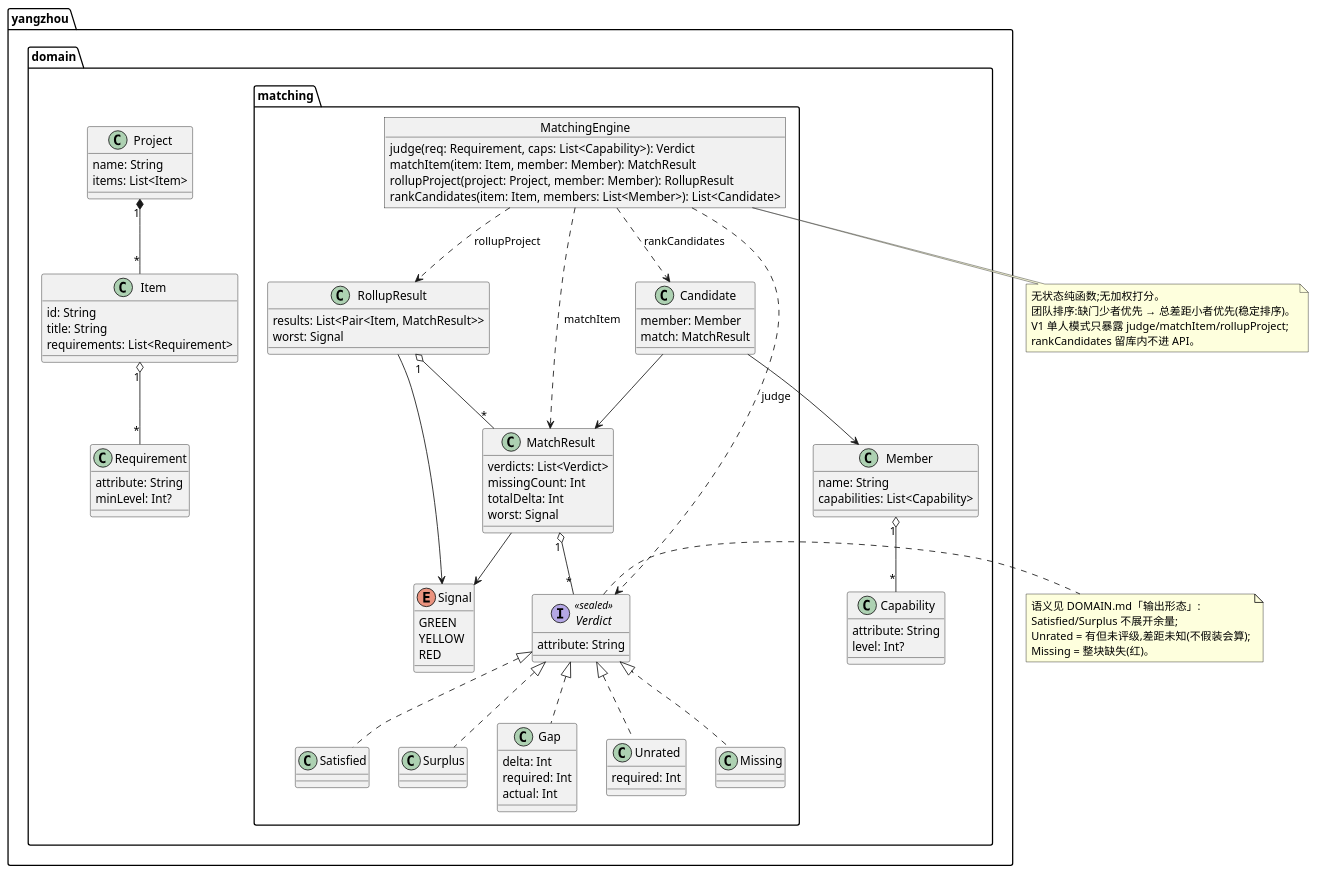
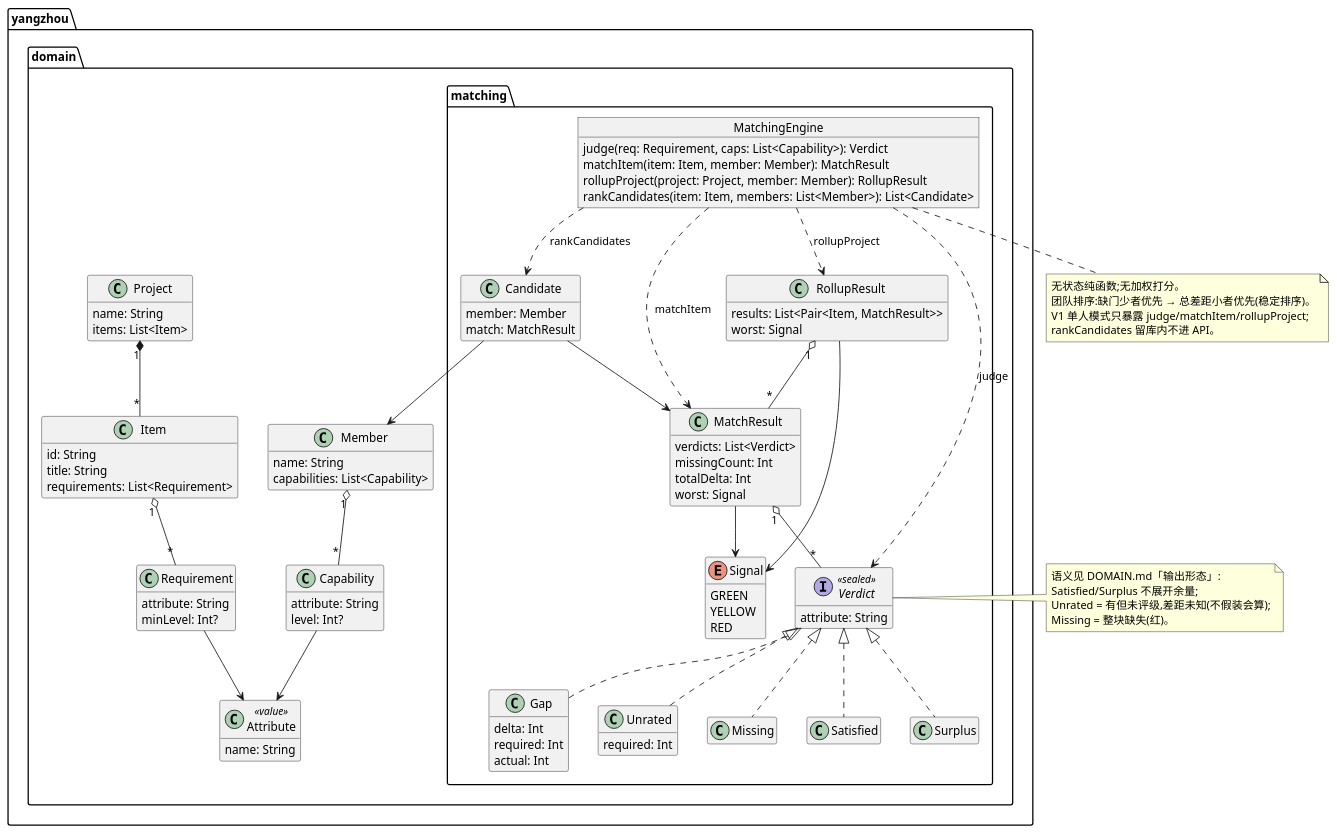
The diagram in docs/architecture/domain.puml (jcwhmn/yangzhou), drawn with PlantUML before and after one commit. The commit also changed 8 other files, not shown here.

Commit message:
JCW-78: Attribute 从裸字符串升级为 @JvmInline 值类(Primitive Obsession 修复);词表实体 JCW-79 落库为 AttributeDefinition;类图同步

```diff
--- a/docs/architecture/domain.puml
+++ b/docs/architecture/domain.puml
@@ -1,109 +1,115 @@
 @startuml
 ' yangzhou.domain — 匹配引擎域模型。真相源是 backend/domain 的代码:改代码必须同步此图(AGENTS.md「类图」)。
 ' 注:Workspace/Attribute/Workflow 等 schema 级实体随 JCW-79(api tracer)入库后补入此图。
+hide empty members
 skinparam classAttributeIconSize 0
 
 package "yangzhou.domain" {
+  class Attribute <<value>> {
+    name: String
+  }
   class Project {
     name: String
     items: List<Item>
   }
   class Item {
     id: String
     title: String
     requirements: List<Requirement>
   }
   class Requirement {
     attribute: String
     minLevel: Int?
   }
   class Member {
     name: String
     capabilities: List<Capability>
   }
   class Capability {
     attribute: String
     level: Int?
   }
 }
 
 package "yangzhou.domain.matching" {
   object MatchingEngine {
     judge(req: Requirement, caps: List<Capability>): Verdict
     matchItem(item: Item, member: Member): MatchResult
     rollupProject(project: Project, member: Member): RollupResult
     rankCandidates(item: Item, members: List<Member>): List<Candidate>
   }
 
   interface Verdict <<sealed>> {
     attribute: String
   }
   class Satisfied
   class Surplus
   class Gap {
     delta: Int
     required: Int
     actual: Int
   }
   class Unrated {
     required: Int
   }
   class Missing
 
   enum Signal {
     GREEN
     YELLOW
     RED
   }
 
   class MatchResult {
     verdicts: List<Verdict>
     missingCount: Int
     totalDelta: Int
     worst: Signal
   }
   class RollupResult {
     results: List<Pair<Item, MatchResult>>
     worst: Signal
   }
   class Candidate {
     member: Member
     match: MatchResult
   }
 }
 
 Project "1" *-- "*" Item
 Item "1" o-- "*" Requirement
 Member "1" o-- "*" Capability
+Requirement --> Attribute
+Capability --> Attribute
 
 Verdict <|.. Satisfied
 Verdict <|.. Surplus
 Verdict <|.. Gap
 Verdict <|.. Unrated
 Verdict <|.. Missing
 
 MatchResult "1" o-- "*" Verdict
 MatchResult --> Signal
 RollupResult "1" o-- "*" MatchResult
 RollupResult --> Signal
 Candidate --> Member
 Candidate --> MatchResult
 
 MatchingEngine ..> Verdict : judge
 MatchingEngine ..> MatchResult : matchItem
 MatchingEngine ..> RollupResult : rollupProject
 MatchingEngine ..> Candidate : rankCandidates
 
 note bottom of MatchingEngine
   无状态纯函数;无加权打分。
   团队排序:缺门少者优先 → 总差距小者优先(稳定排序)。
   V1 单人模式只暴露 judge/matchItem/rollupProject;
   rankCandidates 留库内不进 API。
 end note
 note right of Verdict
   语义见 DOMAIN.md「输出形态」:
   Satisfied/Surplus 不展开余量;
   Unrated = 有但未评级,差距未知(不假装会算);
   Missing = 整块缺失(红)。
 end note
 @enduml
```
